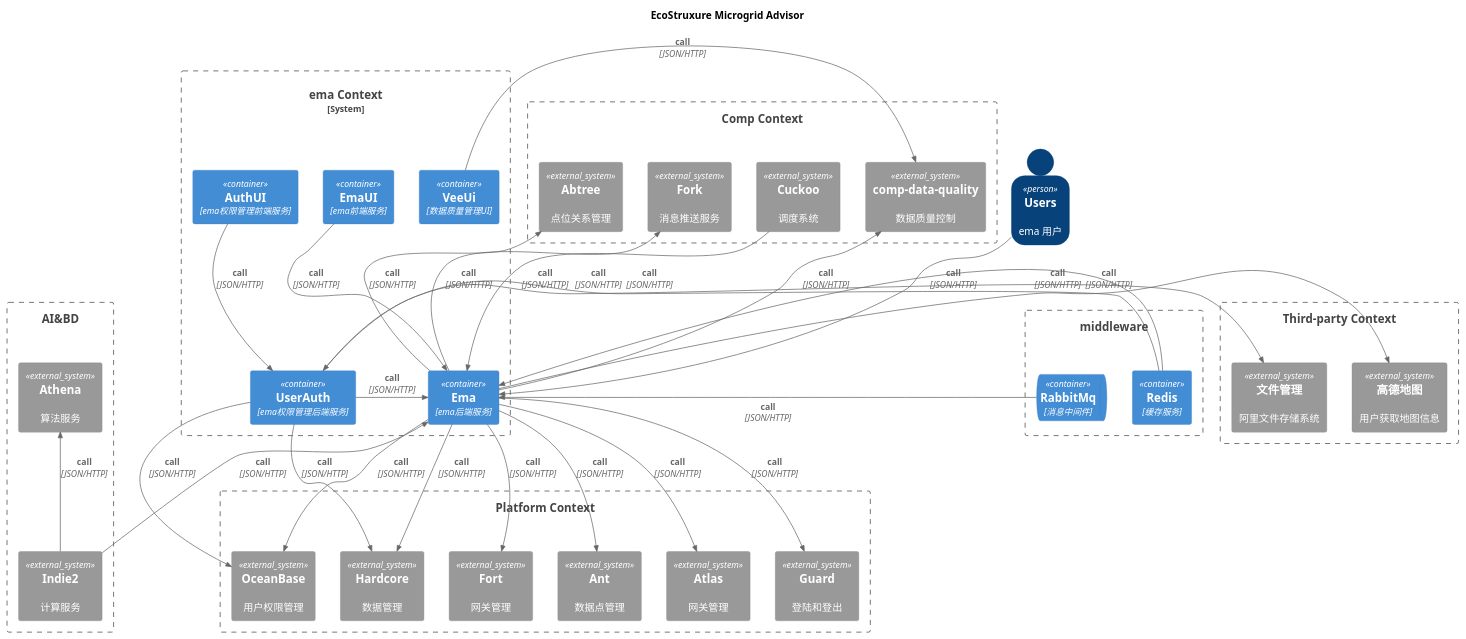
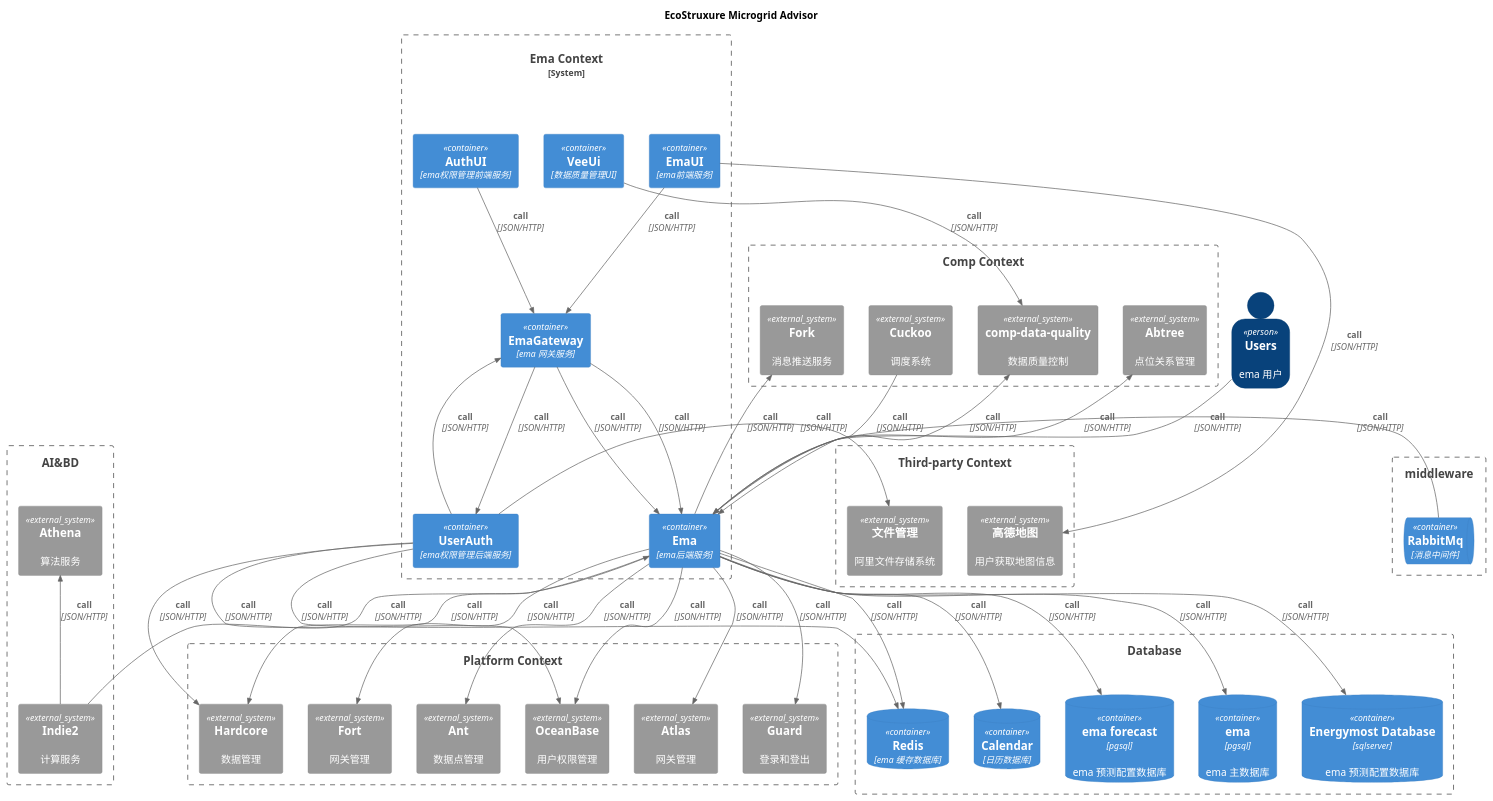
Before and after one commit to 0shuibo/C4-UML: the diagram in c4-ema/ema_container.puml, drawn with PlantUML. The commit also changed 1 other file, not shown here.

Commit message:
提交C4图

```diff
--- a/c4-ema/ema_container.puml
+++ b/c4-ema/ema_container.puml
@@ -1,86 +1,104 @@
 @startuml energy_hub_container
 !include ../C4_Container.puml
 
 LAYOUT_TOP_DOWN()
 SHOW_PERSON_OUTLINE()
 
 title EcoStruxure Microgrid Advisor
 
 Person(customer, Users, "ema 用户")
 
-System_Boundary(emaSystem, "ema Context") {
+System_Boundary(emaSystem, "Ema Context") {
     Container(emaUI, "EmaUI", "ema前端服务")
     Container(ema, "Ema", "ema后端服务")
     Container(AuthUI, "AuthUI", "ema权限管理前端服务")
     Container(userAuth, "UserAuth", "ema权限管理后端服务")
     Container(veeUi, "VeeUi", "数据质量管理UI")
+    Container(emaGateway, "EmaGateway", "ema 网关服务")
 
-    Rel_D(emaUI,ema,"call", "JSON/HTTP")
-    Rel_D(AuthUI,userAuth,"call", "JSON/HTTP")
-    Rel_L(userAuth,ema,"call", "JSON/HTTP")
+    Rel_D(emaUI,emaGateway,"call", "JSON/HTTP")
+    Rel_D(emaGateway,ema,"call", "JSON/HTTP")
+    Rel_D(AuthUI,emaGateway,"call", "JSON/HTTP")
+    Rel_D(emaGateway,userAuth,"call", "JSON/HTTP")
+    Rel_L(userAuth,emaGateway,"call", "JSON/HTTP")
+    Rel_D(emaGateway,ema,"call", "JSON/HTTP")
 }
 
 
 Boundary(platformSystem, "Platform Context") {
     System_Ext(atlas, "Atlas", "网关管理")
-    System_Ext(guard, "Guard", "登陆和登出")
+    System_Ext(guard, "Guard", "登录和登出")
     System_Ext(oceanBase, "OceanBase", "用户权限管理")
     System_Ext(fort, "Fort", "网关管理")
     System_Ext(ant, "Ant", "数据点管理")
     System_Ext(hardcore, "Hardcore", "数据管理")
 
     Rel_D(ema,atlas,"call", "JSON/HTTP")
     Rel_D(ema,guard,"call", "JSON/HTTP")
     Rel_D(ema,oceanBase,"call", "JSON/HTTP")
     Rel_D(ema,fort,"call", "JSON/HTTP")
     Rel_D(ema,ant,"call", "JSON/HTTP")
     Rel_D(ema,hardcore,"call", "JSON/HTTP")
 }
 
 Boundary(compSystem, "Comp Context") {
     System_Ext(fork, "Fork", "消息推送服务")
     System_Ext(abtree, "Abtree", "点位关系管理")
     System_Ext(cuckoo, "Cuckoo", "调度系统")
     System_Ext(vee, "comp-data-quality", "数据质量控制")
 
     Rel_U(ema,fork,"call", "JSON/HTTP")
     Rel_U(ema,abtree,"call", "JSON/HTTP")
     Rel_U(cuckoo,ema,"call", "JSON/HTTP")
     Rel_U(ema,vee,"call", "JSON/HTTP")
 }
 
 
 Boundary(AI&BD, "AI&BD") {
     System_Ext(athena, "Athena", "算法服务")
     System_Ext(indie2, "Indie2", "计算服务")
 
     Rel_U(indie2,ema,"call", "JSON/HTTP")
     Rel_U(indie2,athena,"call", "JSON/HTTP")
 }
 
 Boundary(middleware, "middleware") {
-    Container(redis, "Redis", "缓存服务")
     ContainerQueue(rabbitMq, "RabbitMq", "消息中间件")
+    Rel_L(rabbitMq,ema,"call", "JSON/HTTP")
 
-    Rel_L(rabbitMq,ema,"call", "JSON/HTTP")
-    Rel_L(redis,ema,"call", "JSON/HTTP")
-    Rel_L(redis,userAuth,"call", "JSON/HTTP")
 }
 
 
 Boundary(thirdPartySystem, "Third-party Context") {
     System_Ext(gis, "高德地图", "用户获取地图信息")
     System_Ext(oss, "文件管理", "阿里文件存储系统")
-    Rel_R(ema,gis,"call", "JSON/HTTP")
+    Rel_R(emaUI,gis,"call", "JSON/HTTP")
     Rel_R(userAuth,oss,"call", "JSON/HTTP")
 }
+
+Boundary(emaDatabase, "Database") {
+    ContainerDb(emaForecast, "ema forecast", "pgsql", "ema 预测配置数据库")
+    ContainerDb(emaDb, "ema", "pgsql", "ema 主数据库")
+    ContainerDb(energymostDb, "Energymost Database", "sqlserver", "ema 预测配置数据库")
+    ContainerDb(calendar, "Calendar", "日历数据库")
+    ContainerDb(redis, "Redis", "ema 缓存数据库")
+    Rel_D(ema,redis,"call", "JSON/HTTP")
+    Rel_D(userAuth,redis,"call", "JSON/HTTP")
+    Rel_D(ema,emaDb,"call", "JSON/HTTP")
+    Rel_D(ema,calendar,"call", "JSON/HTTP")
+    Rel_D(ema,emaForecast,"call", "JSON/HTTP")
+    Rel_D(ema,energymostDb,"call", "JSON/HTTP")
+
+}
+
+
 Rel_D(customer,ema,"call", "JSON/HTTP")
 
 
 Rel_D(userAuth,oceanBase,"call", "JSON/HTTP")
 Rel_D(userAuth,hardcore,"call", "JSON/HTTP")
 Rel_D(veeUi,vee,"call", "JSON/HTTP")
 
 
 
 @enduml
```
